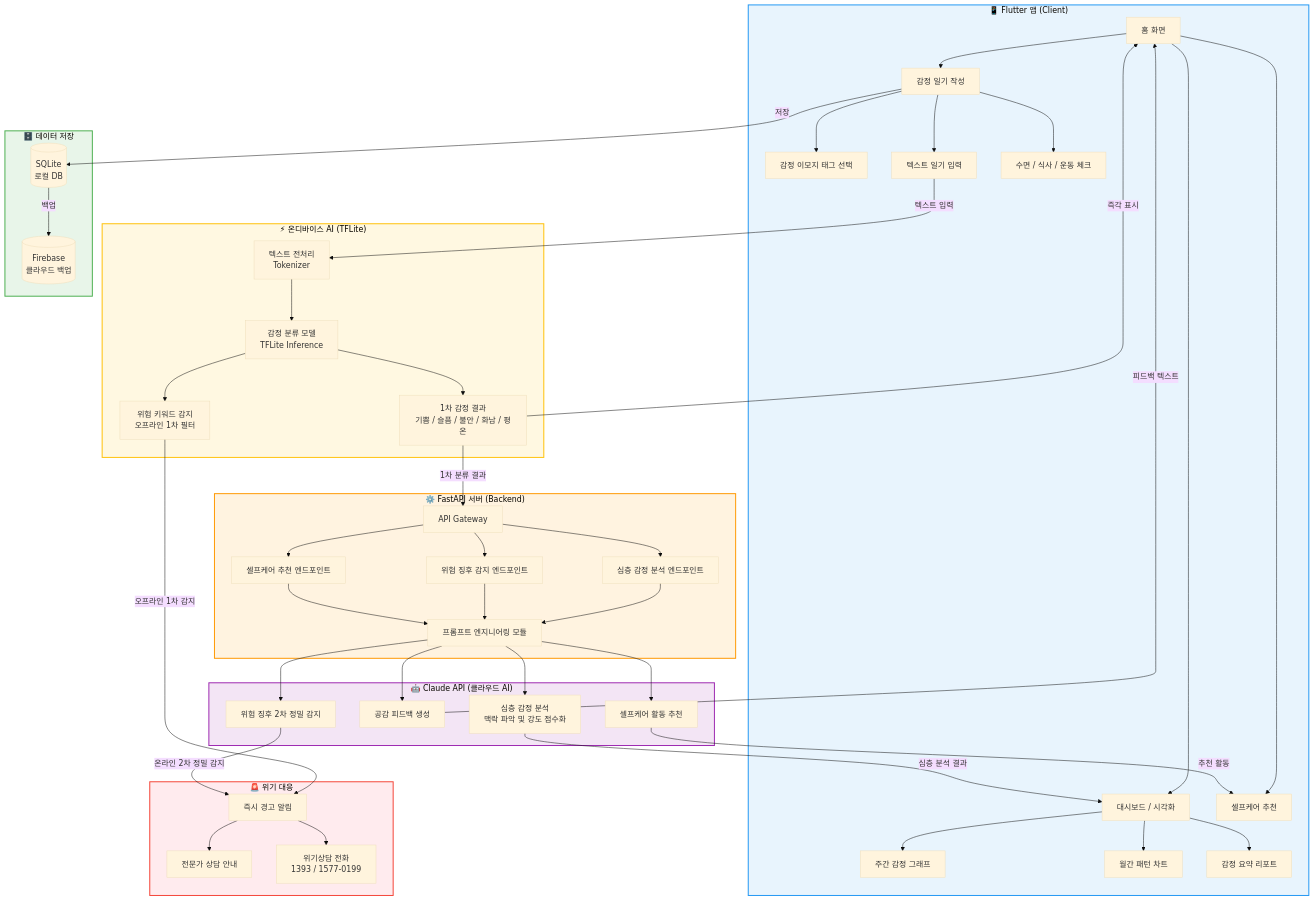
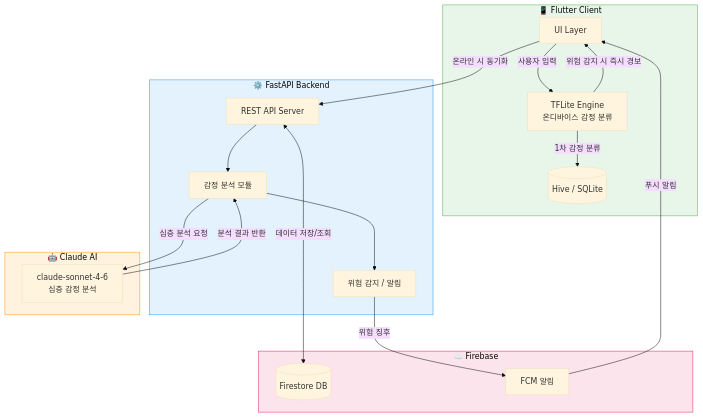
Before and after one commit to FLANCES/-: the diagram in README.md, drawn with Mermaid (base theme). The commit also changed other lines of this file, not shown here.

````diff
--- a/README.md
+++ b/README.md
@@ -59,67 +37,40 @@
 ```mermaid
-flowchart TD
-    subgraph Client["📱 Flutter 앱 (Client)"]
-        A[홈 화면] --> B[감정 일기 작성]
-        A --> C[대시보드 / 시각화]
-        A --> D[셀프케어 추천]
-        B --> B1[감정 이모지 태그 선택]
-        B --> B2[텍스트 일기 입력]
-        B --> B3[수면 / 식사 / 운동 체크]
-        C --> C1[주간 감정 그래프]
-        C --> C2[월간 패턴 차트]
-        C --> C3[감정 요약 리포트]
+graph TB
+    subgraph Client["📱 Flutter Client"]
+        UI[UI Layer]
+        LocalDB[(Hive / SQLite)]
+        TFLite[TFLite Engine\n온디바이스 감정 분류]
     end
 
-    subgraph OnDevice["⚡ 온디바이스 AI (TFLite)"]
-        TF1[텍스트 전처리\nTokenizer]
-        TF2[감정 분류 모델\nTFLite Inference]
-        TF3[1차 감정 결과\n기쁨 / 슬픔 / 불안 / 화남 / 평온]
-        TF4[위험 키워드 감지\n오프라인 1차 필터]
-        TF1 --> TF2 --> TF3
-        TF2 --> TF4
+    subgraph Backend["⚙️ FastAPI Backend"]
+        API[REST API Server]
+        Analyzer[감정 분석 모듈]
+        AlertSys[위험 감지 / 알림]
     end
 
-    subgraph Backend["⚙️ FastAPI 서버 (Backend)"]
-        E[API Gateway] --> F[심층 감정 분석 엔드포인트]
-        E --> G[위험 징후 감지 엔드포인트]
-        E --> H[셀프케어 추천 엔드포인트]
-        F --> I[프롬프트 엔지니어링 모듈]
-        G --> I
-        H --> I
+    subgraph AI["🤖 Claude AI"]
+        Claude[claude-sonnet-4-6\n심층 감정 분석]
     end
 
-    subgraph AI["🤖 Claude API (클라우드 AI)"]
-        I --> J[심층 감정 분석\n맥락 파악 및 강도 점수화]
-        I --> K[공감 피드백 생성]
-        I --> L[셀프케어 활동 추천]
-        I --> M[위험 징후 2차 정밀 감지]
+    subgraph Cloud["☁️ Firebase"]
+        Firestore[(Firestore DB)]
+        FCM[FCM 알림]
     end
 
-    subgraph DB["🗄️ 데이터 저장"]
-        O[(SQLite\n로컬 DB)]
-        P[(Firebase\n클라우드 백업)]
-    end
+    UI -->|사용자 입력| TFLite
+    TFLite -->|1차 감정 분류| LocalDB
+    TFLite -->|위험 감지 시 즉시 경보| UI
+    UI -->|온라인 시 동기화| API
+    API --> Analyzer
+    Analyzer -->|심층 분석 요청| Claude
+    Claude -->|분석 결과 반환| Analyzer
+    Analyzer --> AlertSys
+    AlertSys -->|위험 징후| FCM
+    FCM -->|푸시 알림| UI
+    API <-->|데이터 저장/조회| Firestore
 
-    subgraph Alert["🚨 위기 대응"]
-        TF4 -->|오프라인 1차 감지| Q[즉시 경고 알림]
-        M -->|온라인 2차 정밀 감지| Q
-        Q --> R[전문가 상담 안내]
-        Q --> S[위기상담 전화\n1393 / 1577-0199]
-    end
-
-    B2 -->|텍스트 입력| TF1
-    TF3 -->|1차 분류 결과| E
-    TF3 -->|즉각 표시| A
-    J -->|심층 분석 결과| C
-    K -->|피드백 텍스트| A
-    L -->|추천 활동| D
-    B -->|저장| O
-    O -->|백업| P
-
-    style Client fill:#E8F4FD,stroke:#2196F3,stroke-width:2px
-    style OnDevice fill:#FFF8E1,stroke:#FFC107,stroke-width:2px
-    style Backend fill:#FFF3E0,stroke:#FF9800,stroke-width:2px
-    style AI fill:#F3E5F5,stroke:#9C27B0,stroke-width:2px
-    style DB fill:#E8F5E9,stroke:#4CAF50,stroke-width:2px
-    style Alert fill:#FFEBEE,stroke:#F44336,stroke-width:2px
+    style Client fill:#E8F5E9,stroke:#4CAF50
+    style Backend fill:#E3F2FD,stroke:#2196F3
+    style AI fill:#FFF3E0,stroke:#FF9800
+    style Cloud fill:#FCE4EC,stroke:#E91E63
 ```
````
